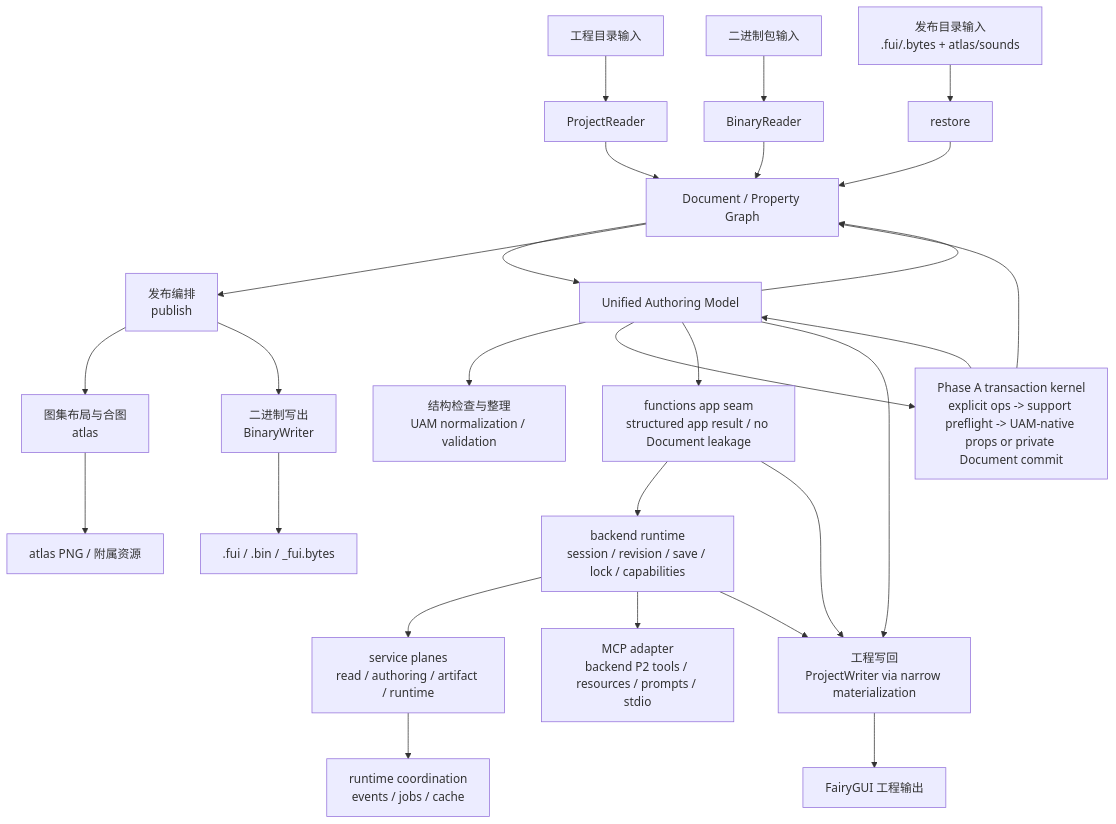
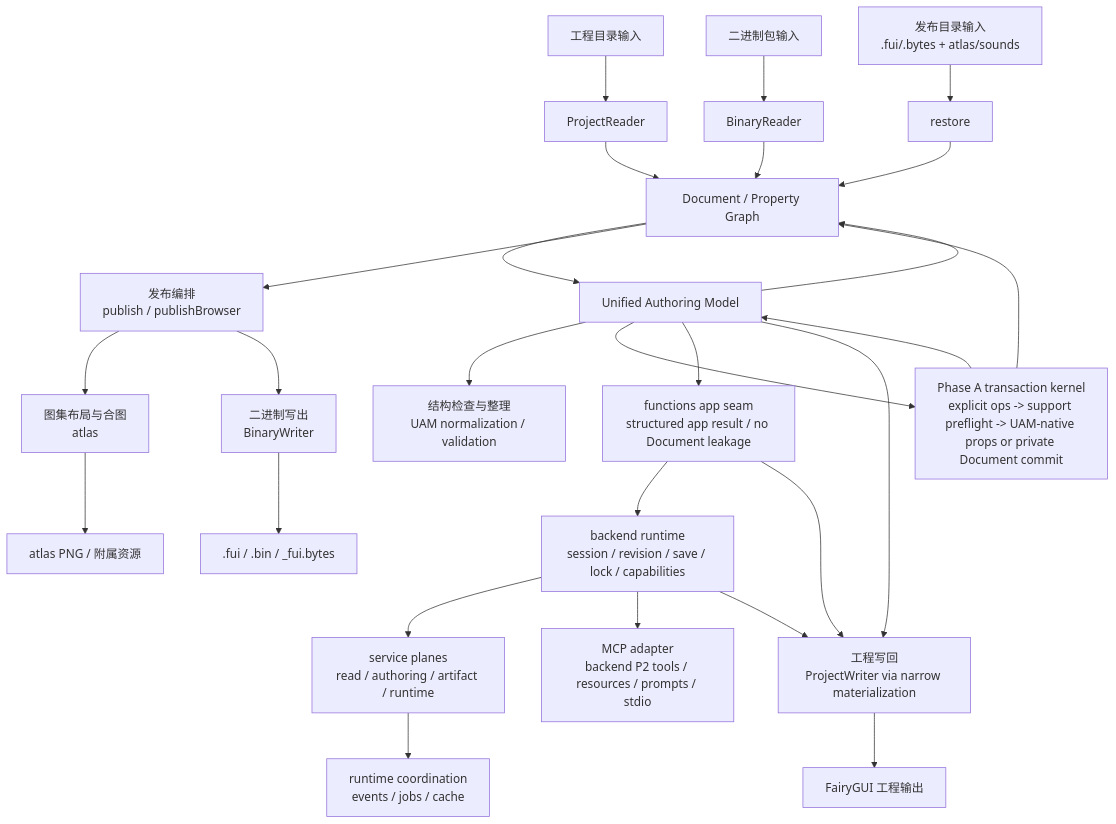
One commit to OpenFairyGUI/OpenFairyGUI changed the second of 2 diagrams in docs/architecture-overview.md. Above: the diagram before and after it, drawn with Mermaid. The commit also changed other lines of this file and 10 other files, not shown here.

Commit message:
feat: add browser-safe LayaBox publish

````diff
--- a/docs/architecture-overview.md
+++ b/docs/architecture-overview.md
@@ -272,29 +276,29 @@
 ```mermaid
 flowchart TD
     A["工程目录输入"] --> B["ProjectReader"]
     X["二进制包输入"] --> Y["BinaryReader"]
     R["发布目录输入<br/>.fui/.bytes + atlas/sounds"] --> S["restore"]
     B --> C["Document / Property Graph"]
     Y --> C
     S --> C
     C --> U["Unified Authoring Model"]
     U --> D["结构检查与整理<br/>UAM normalization / validation"]
     U --> T["Phase A transaction kernel<br/>explicit ops -> support preflight -> UAM-native props or private Document commit"]
     U --> A2["functions app seam<br/>structured app result / no Document leakage"]
     A2 --> B2["backend runtime<br/>session / revision / save / lock / capabilities"]
     B2 --> B3["service planes<br/>read / authoring / artifact / runtime"]
     B3 --> B4["runtime coordination<br/>events / jobs / cache"]
     B2 --> M1["MCP adapter<br/>backend P2 tools / resources / prompts / stdio"]
     T --> U
     T --> C
     U --> F["工程写回<br/>ProjectWriter via narrow materialization"]
     A2 --> F
     B2 --> F
     U --> C
-    C --> E["发布编排<br/>publish"]
+    C --> E["发布编排<br/>publish / publishBrowser"]
     E --> G["图集布局与合图<br/>atlas"]
     E --> H["二进制写出<br/>BinaryWriter"]
     F --> I["FairyGUI 工程输出"]
     G --> J["atlas PNG / 附属资源"]
     H --> K[".fui / .bin / _fui.bytes"]
 ```
````
